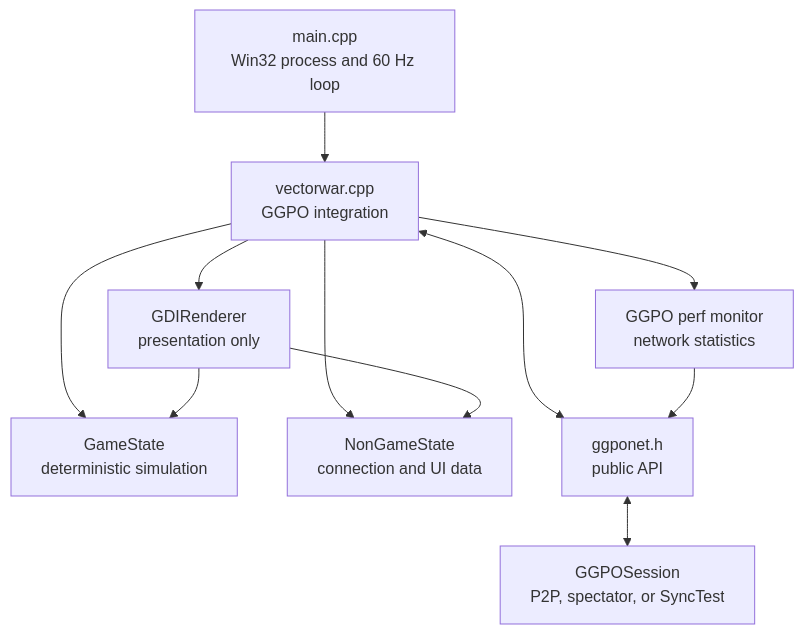
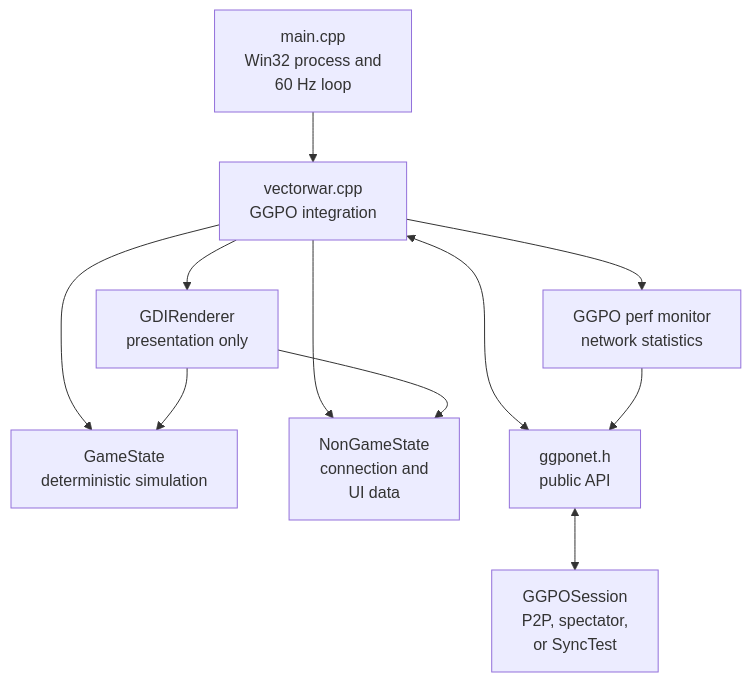
One commit to irregularthanis/ggpo-next changed the first of 7 diagrams in doc/architecture/VectorWar.md. Above: the diagram before and after it, drawn with Mermaid. The commit also changed other lines of this file and 9 other files, not shown here.

Commit message:
docs: wrap Mermaid diagram labels

````diff
--- a/doc/architecture/VectorWar.md
+++ b/doc/architecture/VectorWar.md
@@ -36,22 +36,22 @@
 ```mermaid
 flowchart TD
-    Main["main.cpp<br/>Win32 process and 60 Hz loop"]
+    Main["main.cpp<br/>Win32 process and<br/>60 Hz loop"]
     Host["vectorwar.cpp<br/>GGPO integration"]
     Game["GameState<br/>deterministic simulation"]
-    NonGame["NonGameState<br/>connection and UI data"]
+    NonGame["NonGameState<br/>connection and<br/>UI data"]
     Renderer["GDIRenderer<br/>presentation only"]
     Perf["GGPO perf monitor<br/>network statistics"]
     API["ggponet.h<br/>public API"]
-    Session["GGPOSession<br/>P2P, spectator, or SyncTest"]
+    Session["GGPOSession<br/>P2P, spectator,<br/>or SyncTest"]
 
     Main --> Host
     Host --> Game
     Host --> NonGame
     Host --> Renderer
     Host --> Perf
     Host <--> API
     API <--> Session
     Renderer --> Game
     Renderer --> NonGame
     Perf --> API
 ```
````
